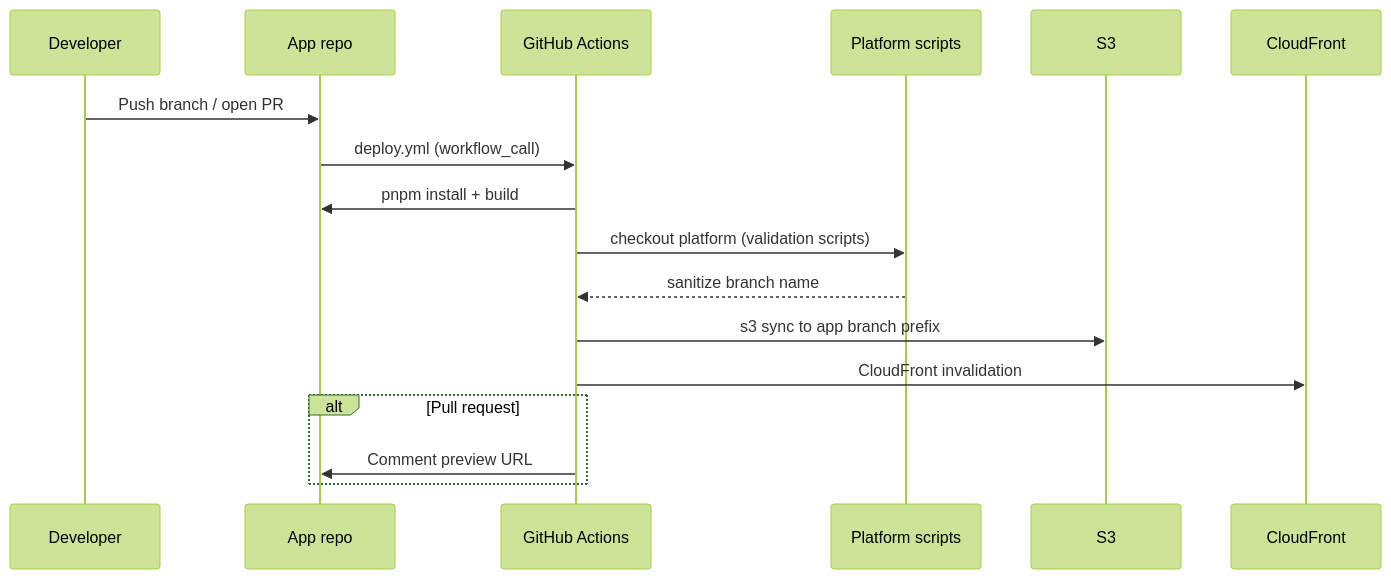
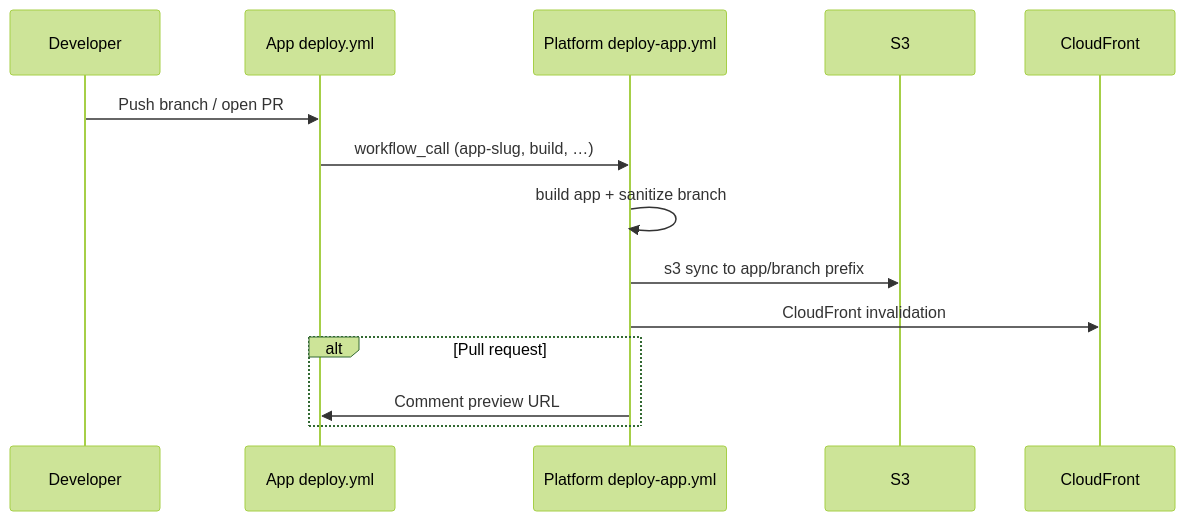
Before and after one commit to AlexeyPopovUA/me: the fourth of 5 diagrams in front-end/content/articles/static-hosting-for-vibe-coders/article.mdx, drawn with Mermaid (forest theme). The commit also changed other lines of this file, not shown here.

First line of the commit message:
Focus vibe-coders article on app-facing reusable workflow contract.

````diff
--- a/front-end/content/articles/static-hosting-for-vibe-coders/article.mdx
+++ b/front-end/content/articles/static-hosting-for-vibe-coders/article.mdx
@@ -345,20 +359,17 @@
 ```mermaid
 sequenceDiagram
     participant Dev as Developer
-    participant App as App repo
-    participant GHA as GitHub Actions
-    participant Plat as Platform scripts
+    participant App as App deploy.yml
+    participant Plat as Platform deploy-app.yml
     participant S3 as S3
     participant CF as CloudFront
 
     Dev->>App: Push branch / open PR
-    App->>GHA: deploy.yml (workflow_call)
-    GHA->>App: pnpm install + build
-    GHA->>Plat: checkout platform (validation scripts)
-    Plat-->>GHA: sanitize branch name
-    GHA->>S3: s3 sync to app branch prefix
-    GHA->>CF: CloudFront invalidation
+    App->>Plat: workflow_call (app-slug, build, …)
+    Plat->>Plat: build app + sanitize branch
+    Plat->>S3: s3 sync to app/branch prefix
+    Plat->>CF: CloudFront invalidation
     alt Pull request
-        GHA->>App: Comment preview URL
+        Plat->>App: Comment preview URL
     end
 ```
````
